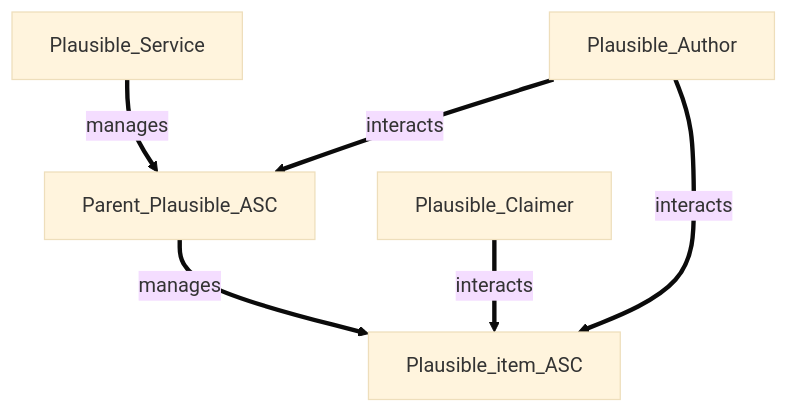
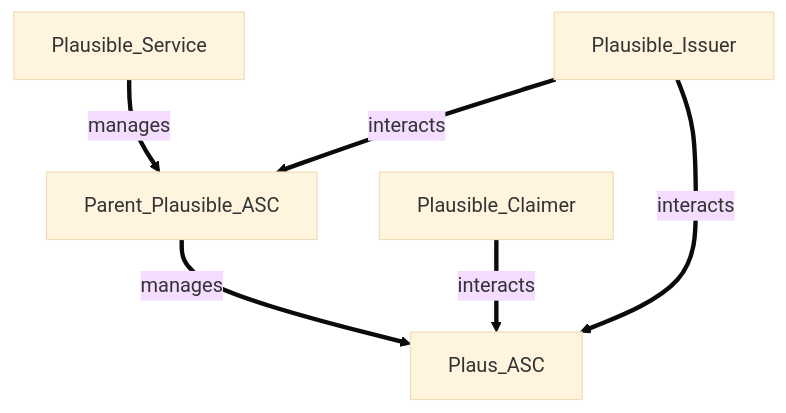
The fourth of 8 diagrams in profile/README.md (GoPlausible/.github), drawn with Mermaid (base theme) before and after one commit. The commit also changed other lines of this file, not shown here.

````diff
--- a/profile/README.md
+++ b/profile/README.md
@@ -221,9 +221,9 @@
 ```mermaid
   graph TD;
       Plausible_Service== manages ==>Parent_Plausible_ASC;
-      Parent_Plausible_ASC== manages ==>Plausible_item_ASC;
+      Parent_Plausible_ASC== manages ==>Plaus_ASC;
       
-      Plausible_Claimer== interacts ==>Plausible_item_ASC;
-      Plausible_Author== interacts ==>Parent_Plausible_ASC;
-      Plausible_Author== interacts ==>Plausible_item_ASC;
+      Plausible_Claimer== interacts ==>Plaus_ASC;
+      Plausible_Issuer== interacts ==>Parent_Plausible_ASC;
+      Plausible_Issuer== interacts ==>Plaus_ASC;
 ```
````
